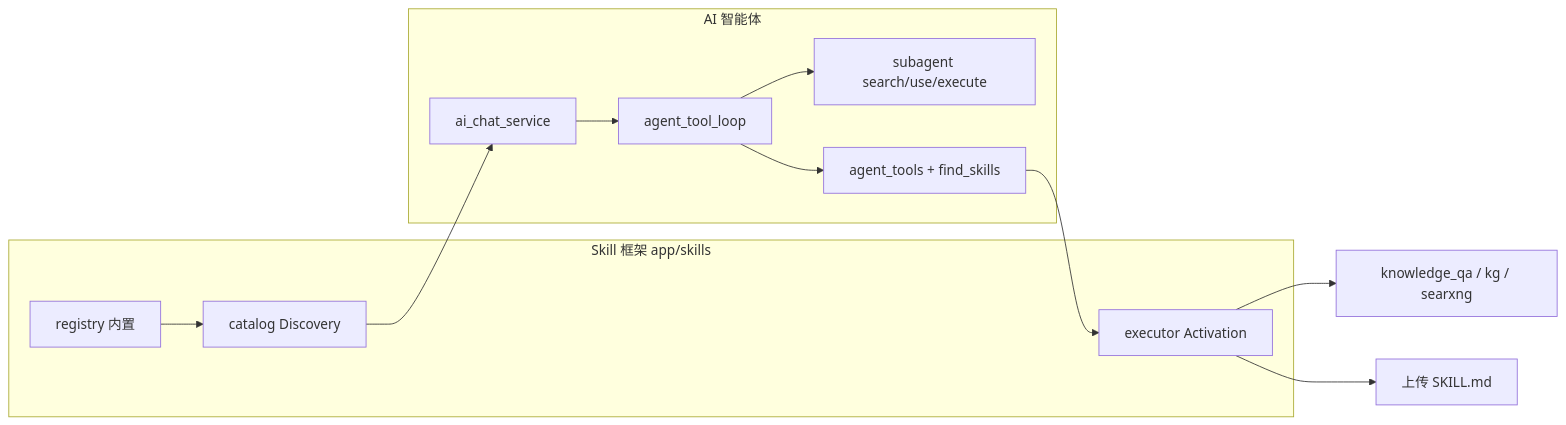
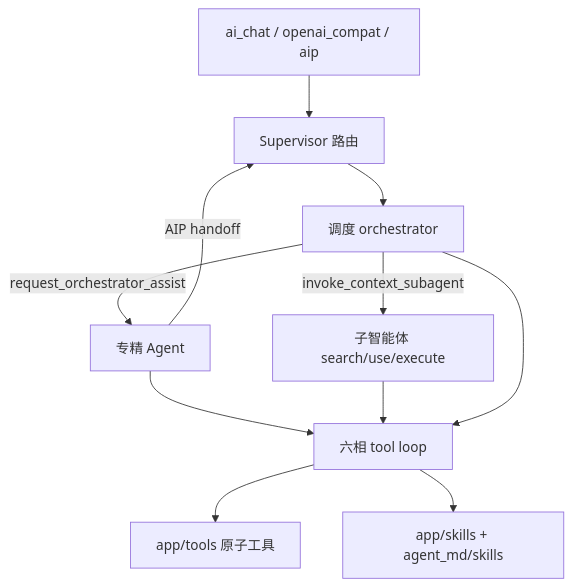
One commit to zhibinQiu/benxi changed the seventh of 17 diagrams in docs/zh/development/system-architecture-overview.md. Above: the diagram before and after it, drawn with Mermaid. The commit also changed other lines of this file and 620 other files, not shown here.

````diff
--- a/docs/zh/development/system-architecture-overview.md
+++ b/docs/zh/development/system-architecture-overview.md
@@ -228,24 +230,13 @@
 ```mermaid
-flowchart LR
-  subgraph skills [Skill 框架 app/skills]
-    REG[registry 内置]
-    CAT[catalog Discovery]
-    EXEC[executor Activation]
-  end
-
-  subgraph agent [AI 智能体]
-    CHAT[ai_chat_service]
-    LOOP[agent_tool_loop]
-    SUB[subagent search/use/execute]
-    TOOLS[agent_tools + find_skills]
-  end
-
-  REG --> CAT
-  CAT --> CHAT
-  CHAT --> LOOP
-  LOOP --> TOOLS
-  LOOP --> SUB
-  TOOLS --> EXEC
-  EXEC --> KB[knowledge_qa / kg / searxng]
-  EXEC --> MD[上传 SKILL.md]
+flowchart TB
+  API[ai_chat / openai_compat / aip] --> SUP[Supervisor 路由]
+  SUP --> ORCH[调度 orchestrator]
+  ORCH -->|invoke_context_subagent| SUB[子智能体 search/use/execute]
+  ORCH -->|request_orchestrator_assist| SP[专精 Agent]
+  SP --> LOOP[六相 tool loop]
+  SUB --> LOOP
+  ORCH --> LOOP
+  LOOP --> TOOLS[app/tools 原子工具]
+  LOOP --> SK[app/skills + agent_md/skills]
+  SP -->|AIP handoff| SUP
 ```
````
